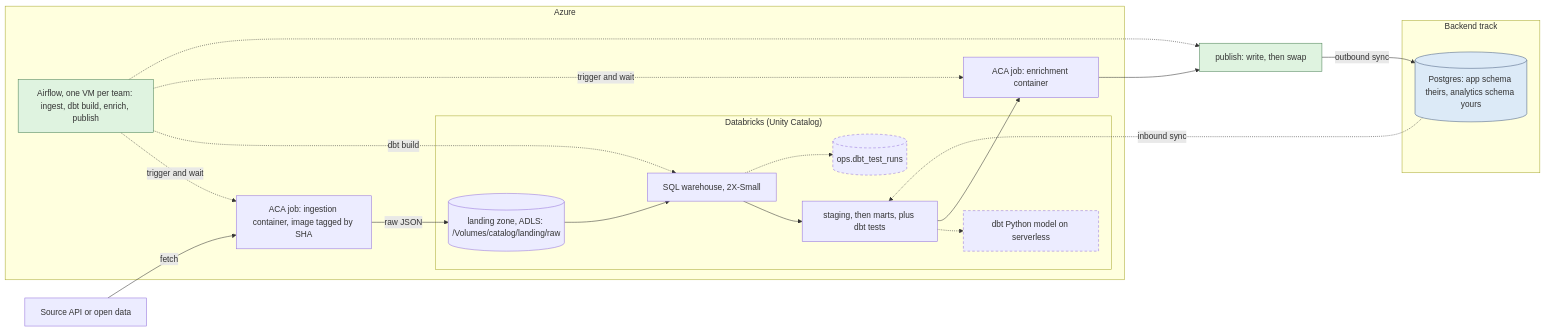
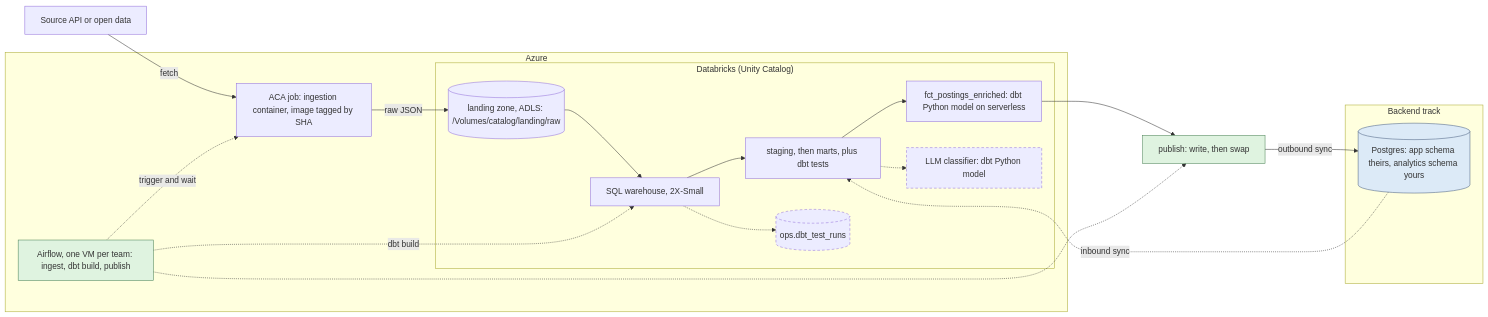
Before and after one commit to HackYourFuture/final-project-template: the first of 2 diagrams in data/README.md, drawn with Mermaid. The commit also changed other lines of this file and 15 other files, not shown here.

Commit message:
refactor(data): enrichment becomes a dbt Python model

````diff
--- a/data/README.md
+++ b/data/README.md
@@ -15,44 +15,44 @@
 ```mermaid
 flowchart LR
     SRC["Source API or open data"]
 
     subgraph az["Azure"]
         ING["ACA job: ingestion container, image tagged by SHA"]
-        ENR["ACA job: enrichment container"]
 
         subgraph dbx["Databricks (Unity Catalog)"]
             LAND[("landing zone, ADLS: /Volumes/catalog/landing/raw")]
             WH["SQL warehouse, 2X-Small"]
             MODELS["staging, then marts, plus dbt tests"]
-            PYM["dbt Python model on serverless"]
+            ENRM["fct_postings_enriched: dbt Python model on serverless"]
+            PYM["LLM classifier: dbt Python model"]
             OPSTBL[("ops.dbt_test_runs")]
         end
 
-        AF["Airflow, one VM per team: ingest, dbt build, enrich, publish"]
+        AF["Airflow, one VM per team: ingest, dbt build, publish"]
     end
 
     subgraph be["Backend track"]
         PG[("Postgres: app schema theirs, analytics schema yours")]
     end
 
     SRC -->|"fetch"| ING
     ING -->|"raw JSON"| LAND
     LAND --> WH --> MODELS
+    MODELS --> ENRM
     MODELS -.-> PYM
     WH -.-> OPSTBL
-    MODELS --> ENR --> PUB["publish: write, then swap"]
+    ENRM --> PUB["publish: write, then swap"]
     PUB -->|"outbound sync"| PG
     PG -.->|"inbound sync"| MODELS
 
     AF -.->|"trigger and wait"| ING
     AF -.->|"dbt build"| WH
-    AF -.->|"trigger and wait"| ENR
     AF -.-> PUB
 
     classDef opt stroke-dasharray:5 4
     classDef orch fill:#dff3e0,stroke:#4a8055
     classDef store fill:#dceaf7,stroke:#4a6080
     class PYM,OPSTBL opt
     class AF,PUB orch
     class PG store
 ```
````
